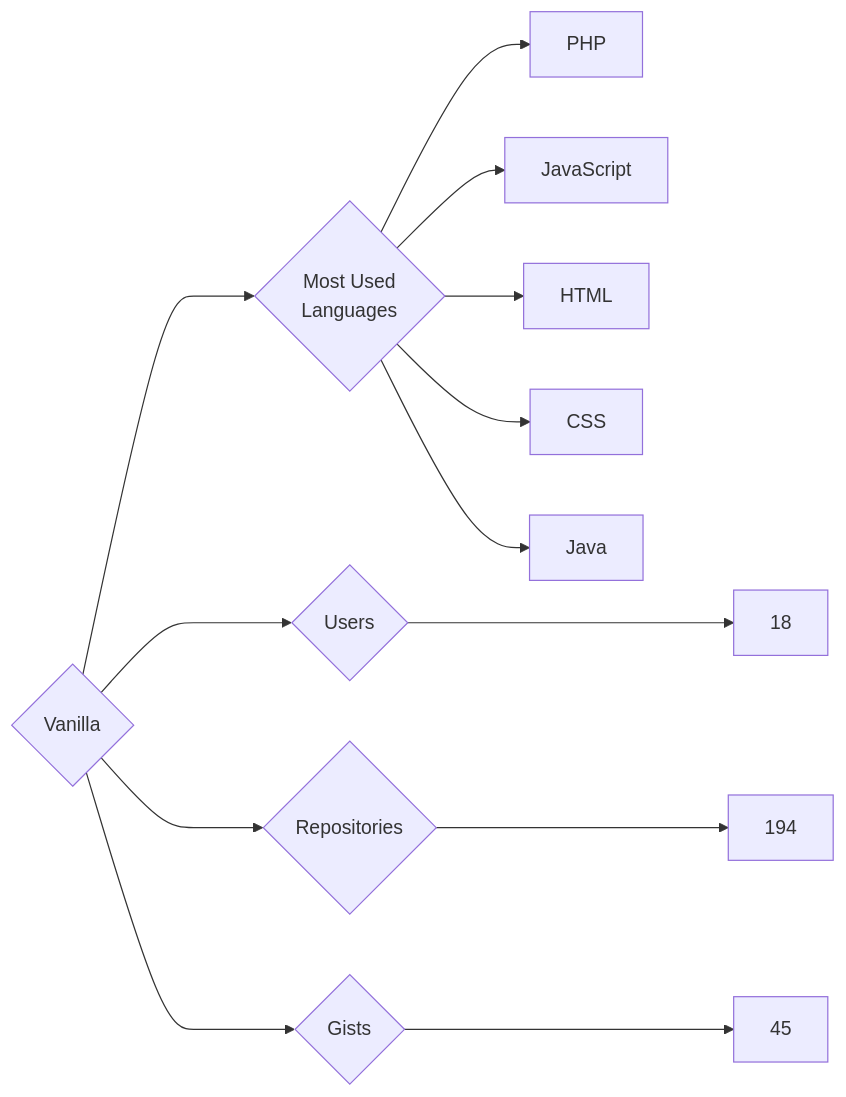
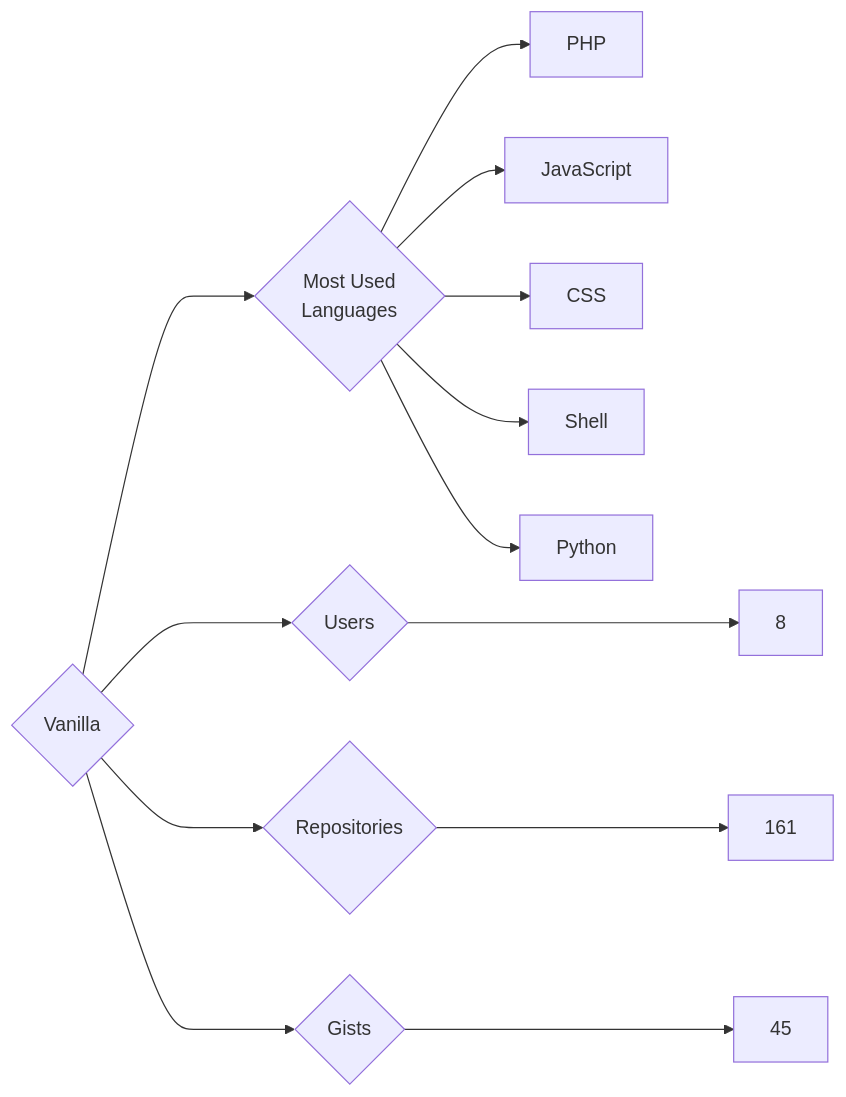
The diagram in targets/Vanilla/README.md (trickest/insiders), drawn with Mermaid before and after one commit. The commit also changed 851 other files, not shown here.

````diff
--- a/targets/Vanilla/README.md
+++ b/targets/Vanilla/README.md
@@ -3,13 +3,13 @@
 ```mermaid
 graph LR
 COMPANY_NAME{Vanilla}
-COMPANY_NAME ---> U{Users} ---> UN[18]
-COMPANY_NAME ---> R{Repositories} ---> RN[194]
+COMPANY_NAME ---> U{Users} ---> UN[8]
+COMPANY_NAME ---> R{Repositories} ---> RN[161]
 COMPANY_NAME ---> G{Gists} ---> GN[45]
 COMPANY_NAME ---> ML{Most Used<br>Languages}
 ML --> PHP[PHP]
 ML --> JavaScript[JavaScript]
-ML --> HTML[HTML]
 ML --> CSS[CSS]
-ML --> Java[Java]
+ML --> Shell[Shell]
+ML --> Python[Python]
 ```
````
